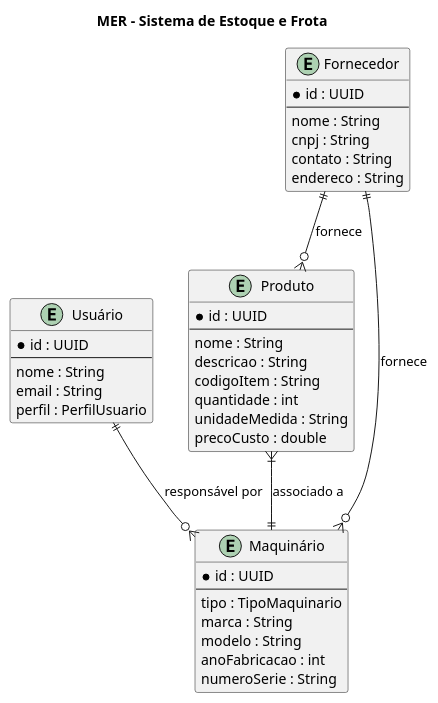
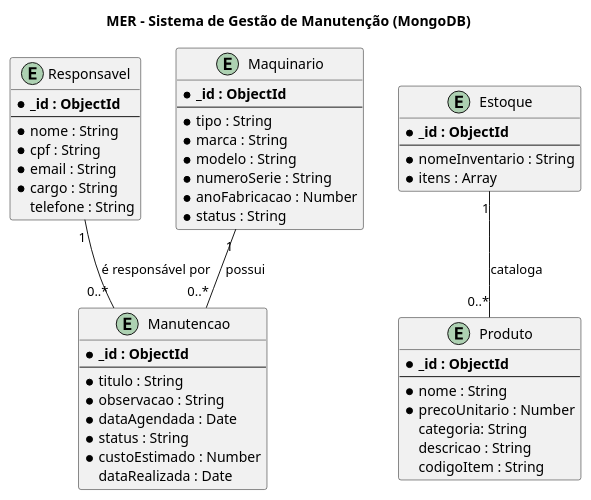
The diagram in 4- PERSISTENCIA/mer.puml (SPD-BES-2025-3/grupo10), drawn with PlantUML before and after one commit. The commit also changed other lines of this file and 39 other files, not shown here.

Commit message:
fix crud de estoque e manutenção

```diff
--- a/4- PERSISTENCIA/mer.puml
+++ b/4- PERSISTENCIA/mer.puml
@@ -1,52 +1,60 @@
-@startuml
-title MER - Sistema de Estoque e Frota
+@startuml MER_Sistema_Manutencao
 
-entity "Usuário" as Usuario {
-  * id : UUID
+title "MER - Sistema de Gestão de Manutenção (MongoDB)"
+
+entity "Responsavel" as Responsavel {
+  * **_id : ObjectId**
   --
-  nome : String
-  email : String
-  perfil : PerfilUsuario
+  * nome : String
+  * cpf : String
+  * email : String
+  * cargo : String
+  telefone : String
+}
+
+entity "Maquinario" as Maquinario {
+  * **_id : ObjectId**
+  --
+  * tipo : String
+  * marca : String
+  * modelo : String
+  * numeroSerie : String
+  * anoFabricacao : Number
+  * status : String
+}
+
+entity "Manutencao" as Manutencao {
+  * **_id : ObjectId**
+  --
+  * titulo : String
+  * observacao : String
+  * dataAgendada : Date
+  * status : String
+  * custoEstimado : Number
+  dataRealizada : Date
+}
+
+entity "Estoque" as Estoque {
+    * **_id : ObjectId**
+    --
+    * nomeInventario : String
+    * itens : Array
 }
 
 entity "Produto" as Produto {
-  * id : UUID
+  * **_id : ObjectId**
   --
-  nome : String
+  * nome : String
+  * precoUnitario : Number
+  categoria: String
   descricao : String
   codigoItem : String
-  quantidade : int
-  unidadeMedida : String
-  precoCusto : double
 }
 
-entity "Maquinário" as Maquinario {
-  * id : UUID
-  --
-  tipo : TipoMaquinario
-  marca : String
-  modelo : String
-  anoFabricacao : int
-  numeroSerie : String
-}
+' Relacionamentos
+Maquinario "1" -- "0..*" Manutencao : possui
+Responsavel "1" -- "0..*" Manutencao : é responsável por
 
-entity "Fornecedor" as Fornecedor {
-  * id : UUID
-  --
-  nome : String
-  cnpj : String
-  contato : String
-  endereco : String
-}
-
-' Relacionamentos com cardinalidade
-
-Usuario ||--o{ Maquinario : "responsável por"
-
-Fornecedor ||--o{ Produto : "fornece"
-
-Fornecedor ||--o{ Maquinario : "fornece"
-
-Produto }|--|| Maquinario : "associado a" 
+Estoque "1" -- "0..*" Produto : cataloga
 
 @enduml
```
